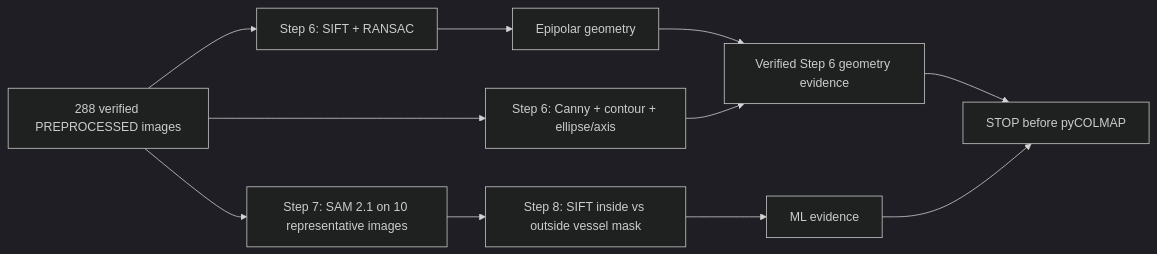
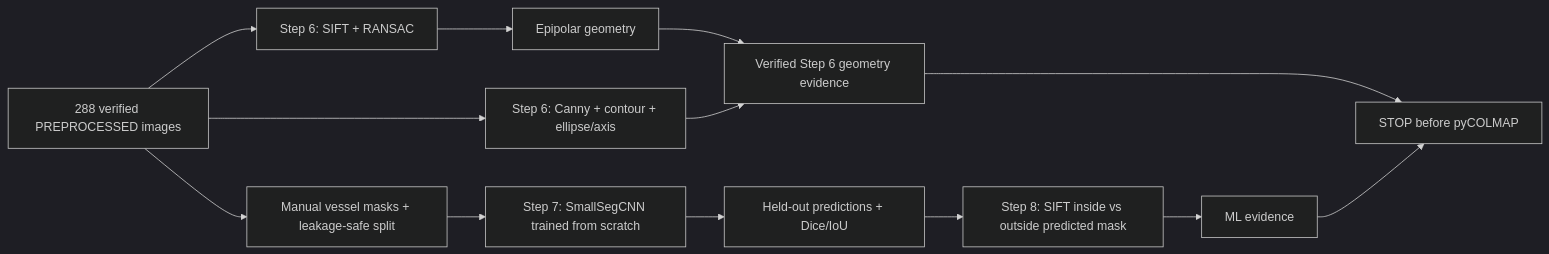
Before and after one commit to PracticalSwan/thai-libation-brass-vessel-3d-reconstruction: the diagram in README.md, drawn with Mermaid (dark theme). The commit also changed other lines of this file and 10 other files, not shown here.

Commit message:
docs(ml): plan from-scratch CNN segmentation

````diff
--- a/README.md
+++ b/README.md
@@ -76,13 +78,15 @@
 ```mermaid
 flowchart LR
     A[288 verified PREPROCESSED images] --> B[Step 6: SIFT + RANSAC]
     B --> C[Epipolar geometry]
     A --> D[Step 6: Canny + contour + ellipse/axis]
-    A --> E[Step 7: SAM 2.1 on 10 representative images]
-    E --> F[Step 8: SIFT inside vs outside vessel mask]
-    C --> G[Verified Step 6 geometry evidence]
-    D --> G
-    F --> H[ML evidence]
-    G --> I[STOP before pyCOLMAP]
-    H --> I
+    A --> E[Manual vessel masks + leakage-safe split]
+    E --> F[Step 7: SmallSegCNN trained from scratch]
+    F --> G[Held-out predictions + Dice/IoU]
+    G --> H[Step 8: SIFT inside vs outside predicted mask]
+    C --> I[Verified Step 6 geometry evidence]
+    D --> I
+    H --> J[ML evidence]
+    I --> K[STOP before pyCOLMAP]
+    J --> K
 ```
````
